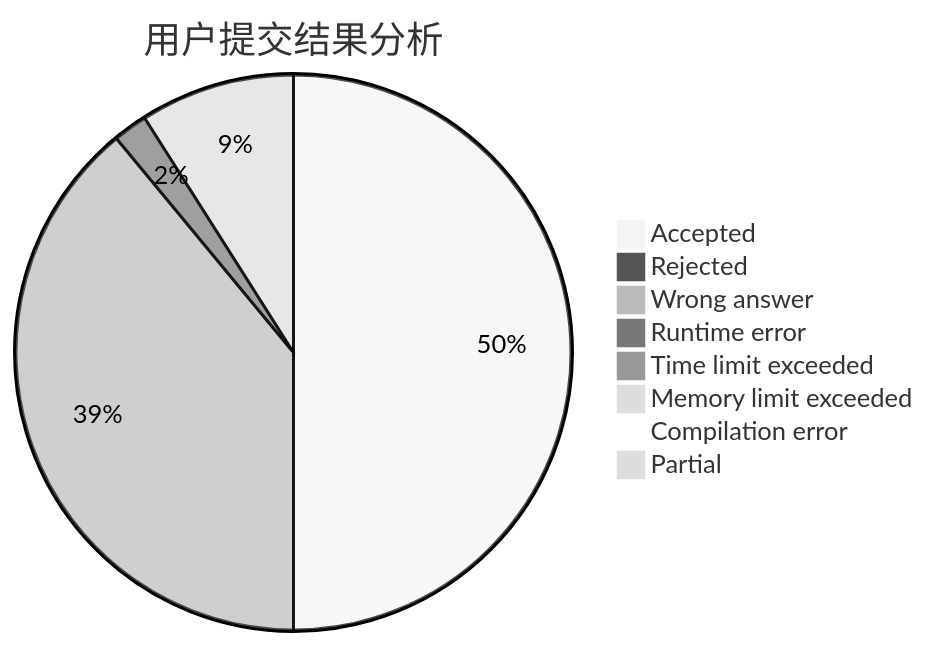
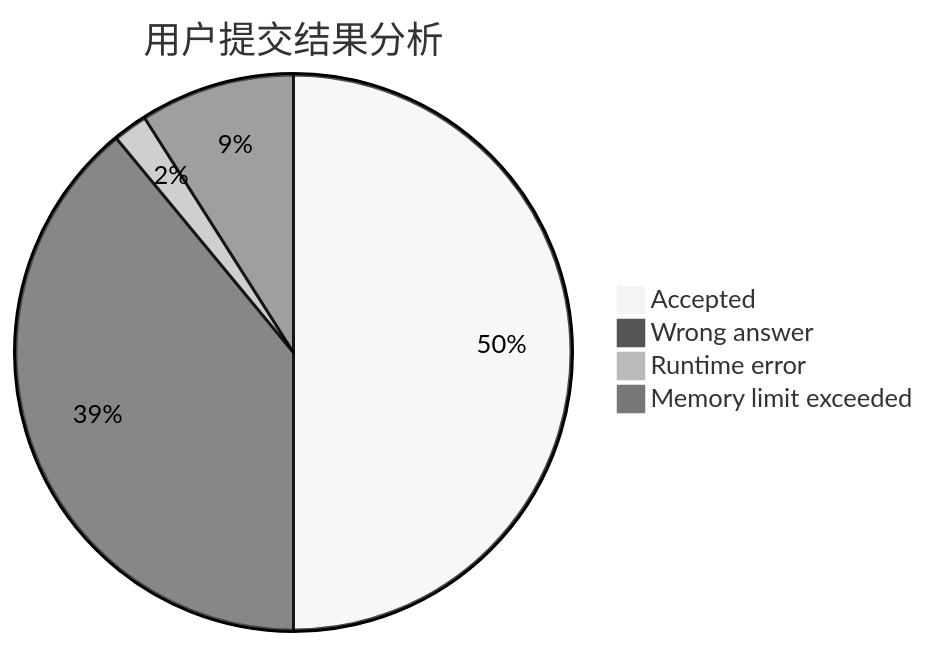
Before and after one commit to sherpahu/cfrs.github.io: the first of 3 diagrams in docs/user/u745.md, drawn with Mermaid (neutral theme). The commit also changed 2770 other files, not shown here.

````diff
--- a/docs/user/u745.md
+++ b/docs/user/u745.md
@@ -5,11 +5,7 @@
 ```mermaid
 pie title 用户提交结果分析
     "Accepted" :  50
-    "Rejected" :  0
     "Wrong answer" :  39
     "Runtime error" :  2
-    "Time limit exceeded" :  0
     "Memory limit exceeded" :  9
-    "Compilation error" :  0
-    "Partial" :  0
 ```
````
